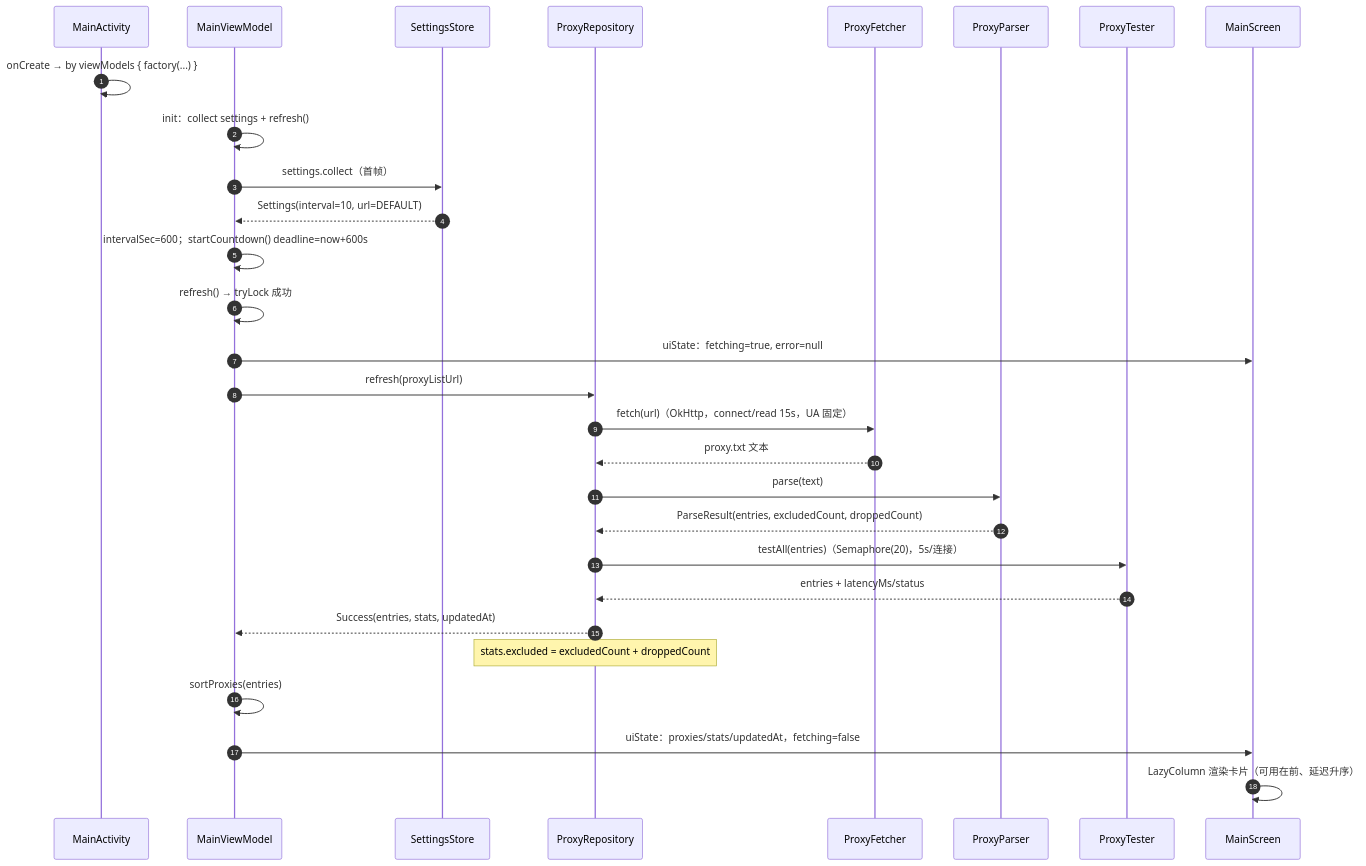
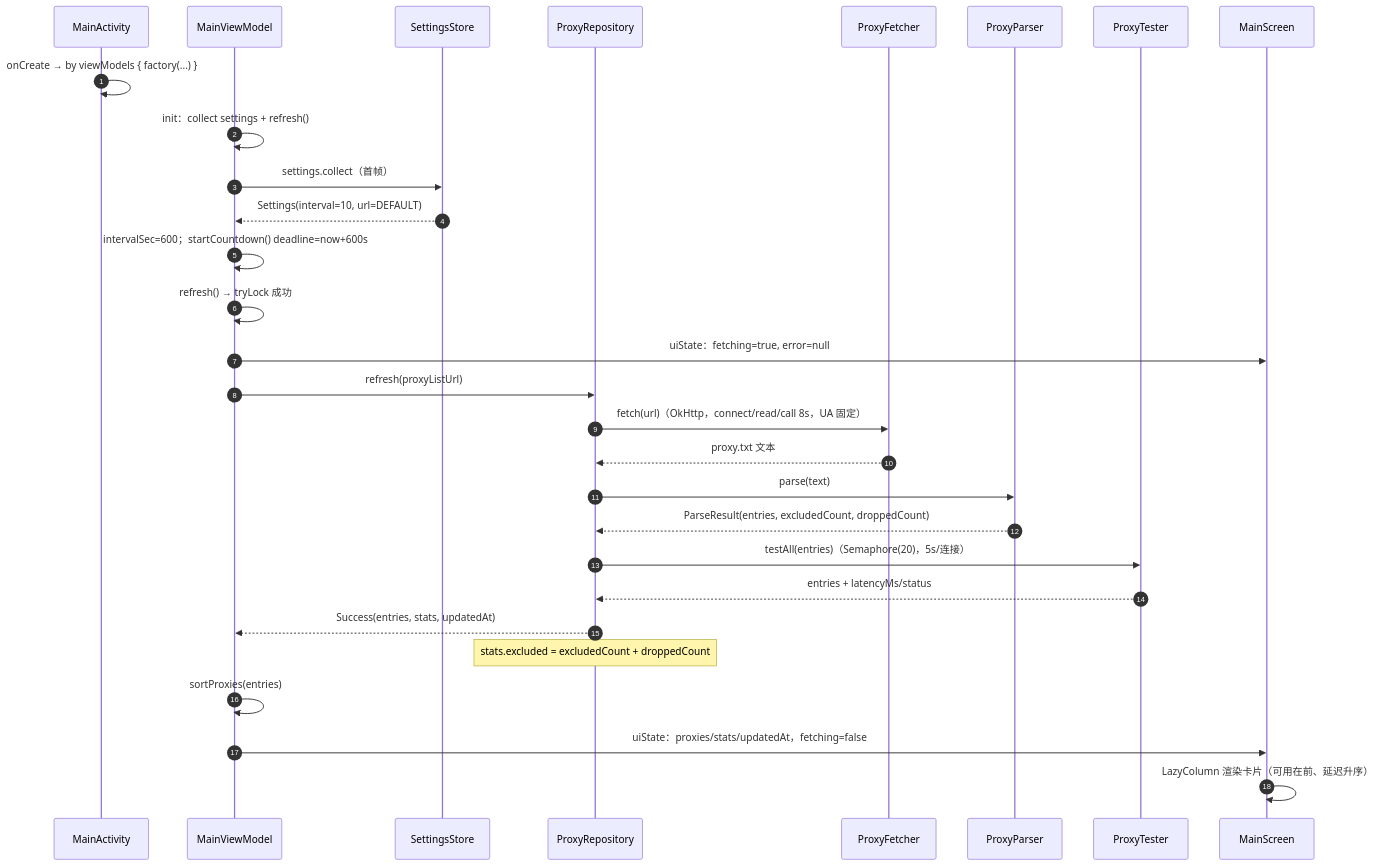
One commit to 200111226011qw-debug/tgproxy changed the second of 10 diagrams in tgproxy-android/docs/ARCHITECTURE.md. Above: the diagram before and after it, drawn with Mermaid. The commit also changed other lines of this file and 3 other files, not shown here.

````diff
--- a/tgproxy-android/docs/ARCHITECTURE.md
+++ b/tgproxy-android/docs/ARCHITECTURE.md
@@ -590,32 +590,32 @@
 ```mermaid
 sequenceDiagram
     autonumber
     participant A as MainActivity
     participant VM as MainViewModel
     participant S as SettingsStore
     participant R as ProxyRepository
     participant F as ProxyFetcher
     participant P as ProxyParser
     participant T as ProxyTester
     participant U as MainScreen
 
     A->>A: onCreate → by viewModels { factory(...) }
     VM->>VM: init：collect settings + refresh()
     VM->>S: settings.collect（首帧）
     S-->>VM: Settings(interval=10, url=DEFAULT)
     VM->>VM: intervalSec=600；startCountdown() deadline=now+600s
     VM->>VM: refresh() → tryLock 成功
     VM->>U: uiState：fetching=true, error=null
     VM->>R: refresh(proxyListUrl)
-    R->>F: fetch(url)（OkHttp，connect/read 15s，UA 固定）
+    R->>F: fetch(url)（OkHttp，connect/read/call 8s，UA 固定）
     F-->>R: proxy.txt 文本
     R->>P: parse(text)
     P-->>R: ParseResult(entries, excludedCount, droppedCount)
     R->>T: testAll(entries)（Semaphore(20)，5s/连接）
     T-->>R: entries + latencyMs/status
     R-->>VM: Success(entries, stats, updatedAt)
     Note over R: stats.excluded = excludedCount + droppedCount
     VM->>VM: sortProxies(entries)
     VM->>U: uiState：proxies/stats/updatedAt，fetching=false
     U->>U: LazyColumn 渲染卡片（可用在前、延迟升序）
 ```
````
